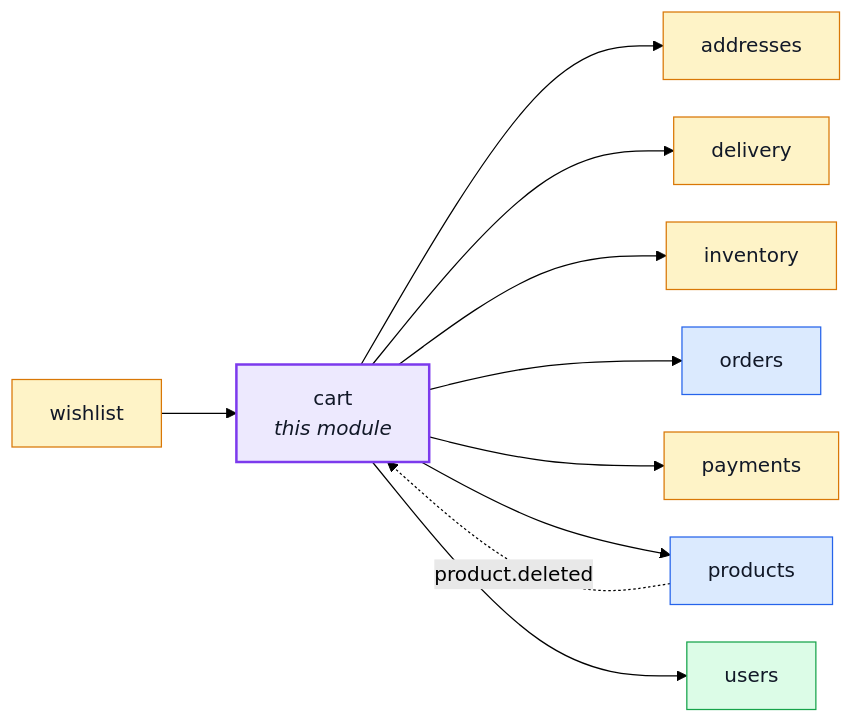
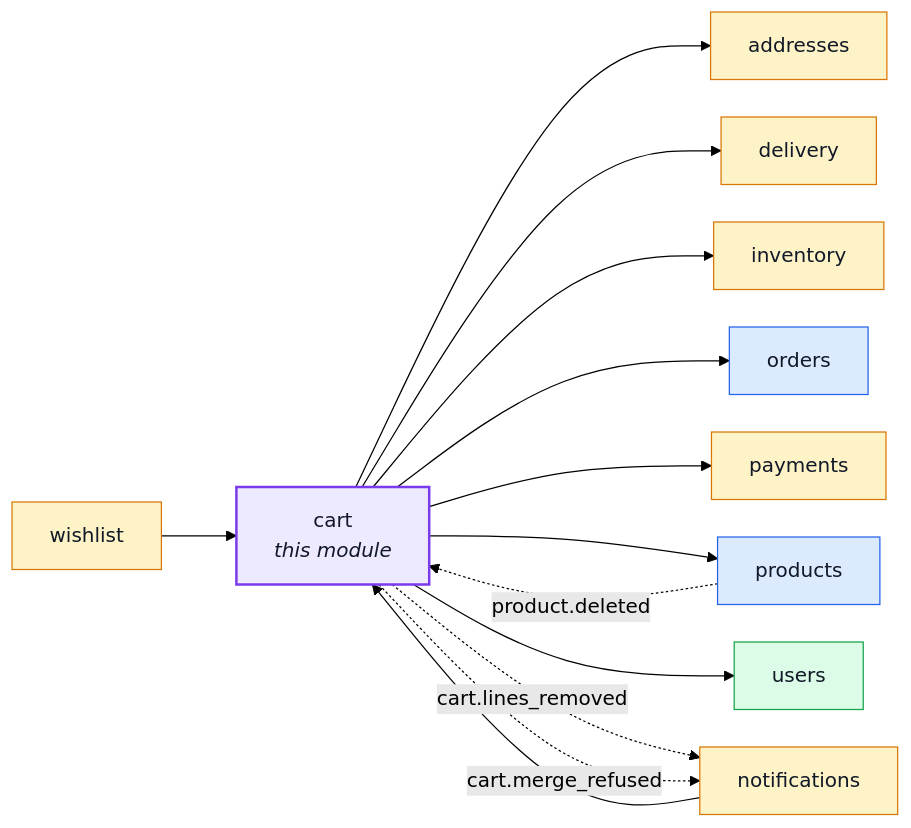
One commit to Guebbit/boilerplate-node-backend changed the first of 3 diagrams in docs/modules/cart.md. Above: the diagram before and after it, drawn with Mermaid (forest theme). The commit also changed other lines of this file and 128 other files, not shown here.

First line of the commit message:
feat(notifications): a per-user inbox, a guest-cart merge and a stock flag from the ledger

````diff
--- a/docs/modules/cart.md
+++ b/docs/modules/cart.md
@@ -16,32 +16,36 @@
 ```mermaid
 %%{init: {'flowchart': {'nodeSpacing': 30, 'rankSpacing': 60}}}%%
 flowchart LR
     cart["cart<br/><i>this module</i>"]
     addresses["addresses"]
     delivery["delivery"]
     inventory["inventory"]
+    notifications["notifications"]
     orders["orders"]
     payments["payments"]
     products["products"]
     users["users"]
     wishlist["wishlist"]
 
+    notifications --> cart
     wishlist --> cart
     cart --> addresses
     cart --> delivery
     cart --> inventory
     cart --> orders
     cart --> payments
     cart --> products
     cart --> users
     products -. "product.deleted" .-> cart
+    cart -. "cart.lines_removed" .-> notifications
+    cart -. "cart.merge_refused" .-> notifications
 
     classDef core fill:#dbeafe,stroke:#2563eb,color:#111827;
     classDef supporting fill:#fef3c7,stroke:#d97706,color:#111827;
     classDef generic fill:#dcfce7,stroke:#16a34a,color:#111827;
     classDef centre fill:#ede9fe,stroke:#7c3aed,stroke-width:2px,color:#111827;
     class orders,products core;
-    class addresses,delivery,inventory,payments,wishlist supporting;
+    class addresses,delivery,inventory,notifications,payments,wishlist supporting;
     class users generic;
     class cart centre;
 ```
````
